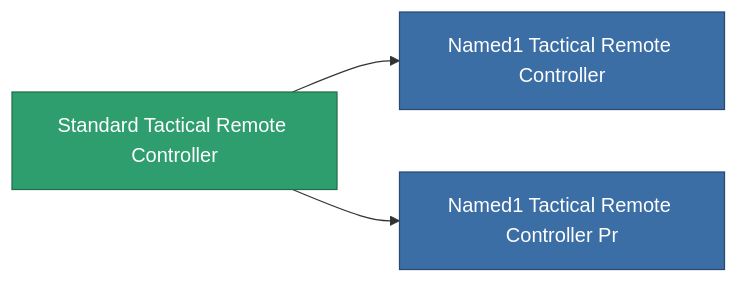
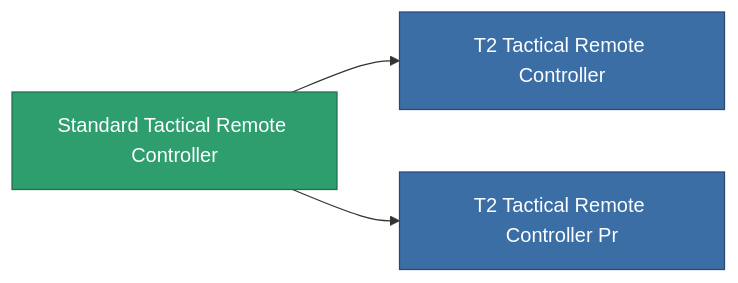
Before and after one commit to OpenPerpetuum/Wiki: the diagram in content/content/items/standard_tactical_remote_controller.md, drawn with Mermaid. The commit also changed other lines of this file and 4904 other files, not shown here.

````diff
--- a/content/content/items/standard_tactical_remote_controller.md
+++ b/content/content/items/standard_tactical_remote_controller.md
@@ -70,13 +58,13 @@
 ```mermaid
 graph LR
     a["Standard Tactical Remote Controller"]:::current
-    b["Named1 Tactical Remote Controller"]:::prod
+    b["T2 Tactical Remote Controller"]:::prod
     a --> b
-    click b "/content/items/named1-tactical-remote-controller/" "Named1 Tactical Remote Controller"
-    c["Named1 Tactical Remote Controller Pr"]:::prod
+    click b "/content/items/named1-tactical-remote-controller/" "T2 Tactical Remote Controller"
+    c["T2 Tactical Remote Controller Pr"]:::prod
     a --> c
-    click c "/content/items/named1-tactical-remote-controller-pr/" "Named1 Tactical Remote Controller Pr"
+    click c "/content/items/named1-tactical-remote-controller-pr/" "T2 Tactical Remote Controller Pr"
     classDef current fill:#2f9e6f,stroke:#1f6f4a,color:#ffffff
     classDef prod fill:#3b6ea5,stroke:#274a75,color:#ffffff
     classDef more fill:#39445a,stroke:#54658a,color:#d5dbe8
 ```
````
